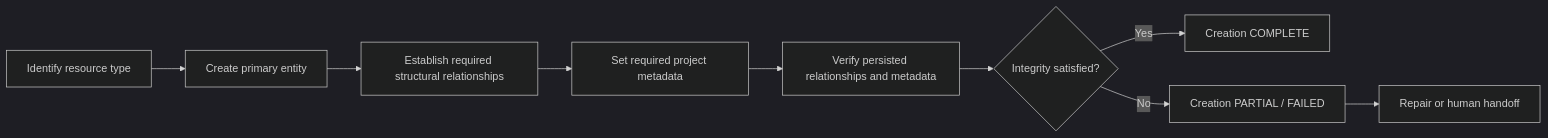
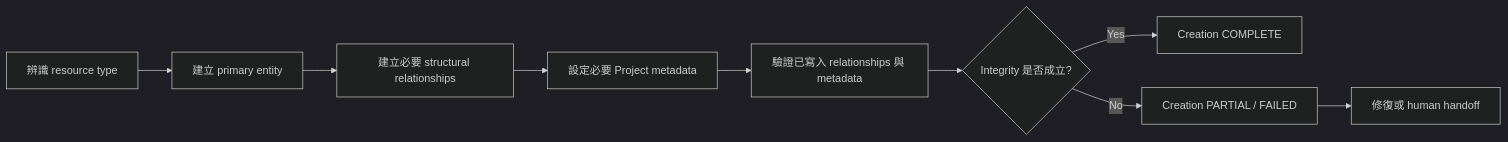
The second of 2 diagrams in docs/core/resource-model.md (AndyHsuTW/agent-project-management), drawn with Mermaid (dark theme) before and after one commit. The commit also changed other lines of this file, not shown here.

Commit message:
docs(plan02): localize canonical resource model to zh-TW

````diff
--- a/docs/core/resource-model.md
+++ b/docs/core/resource-model.md
@@ -506,16 +508,16 @@
 ```mermaid
 flowchart LR
-    A[Identify resource type]
-    B[Create primary entity]
-    C[Establish required structural relationships]
-    D[Set required project metadata]
-    E[Verify persisted relationships and metadata]
-    F{Integrity satisfied?}
+    A[辨識 resource type]
+    B[建立 primary entity]
+    C[建立必要 structural relationships]
+    D[設定必要 Project metadata]
+    E[驗證已寫入 relationships 與 metadata]
+    F{Integrity 是否成立?}
     G[Creation COMPLETE]
     H[Creation PARTIAL / FAILED]
-    I[Repair or human handoff]
+    I[修復或 human handoff]
 
     A --> B --> C --> D --> E --> F
     F -->|Yes| G
     F -->|No| H --> I
 ```
````
